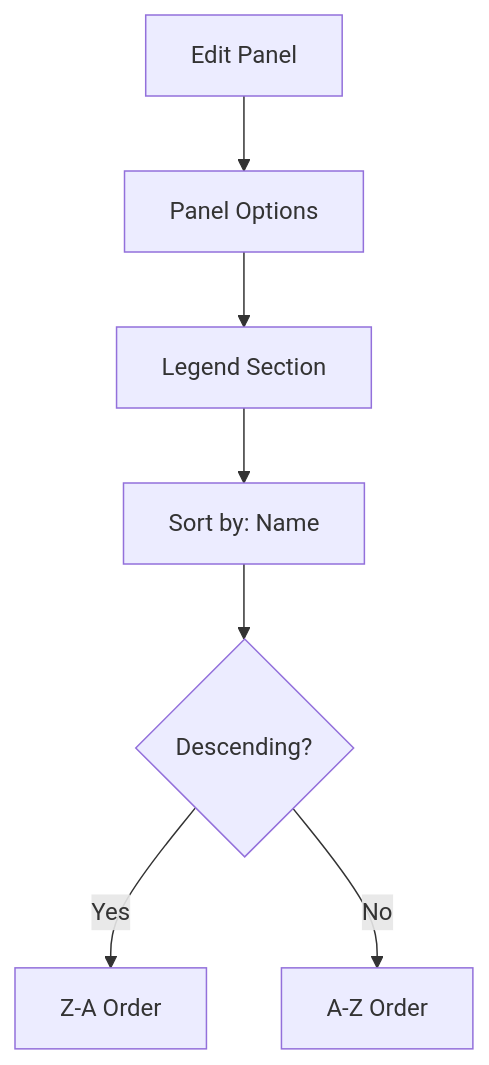
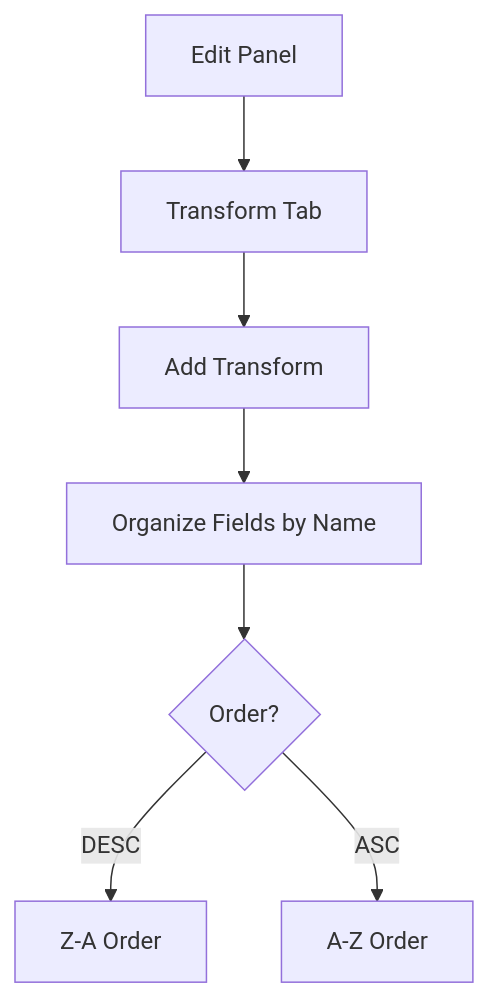
One commit to OneUptime/blog changed the diagram in posts/2025-12-17-sort-legends-series-name-grafana/README.md. Above: the diagram before and after it, drawn with Mermaid. The commit also changed other lines of this file and 2 other files, not shown here.

Commit message:
validate: 2025-12-17-sort-legends-series-name-grafana

````diff
--- a/posts/2025-12-17-sort-legends-series-name-grafana/README.md
+++ b/posts/2025-12-17-sort-legends-series-name-grafana/README.md
@@ -57,9 +57,9 @@
 ```mermaid
 flowchart TD
-    A[Edit Panel] --> B[Panel Options]
-    B --> C[Legend Section]
-    C --> D[Sort by: Name]
-    D --> E{Descending?}
-    E -->|Yes| F[Z-A Order]
-    E -->|No| G[A-Z Order]
+    A[Edit Panel] --> B[Transform Tab]
+    B --> C[Add Transform]
+    C --> D[Organize Fields by Name]
+    D --> E{Order?}
+    E -->|DESC| F[Z-A Order]
+    E -->|ASC| G[A-Z Order]
 ```
````
